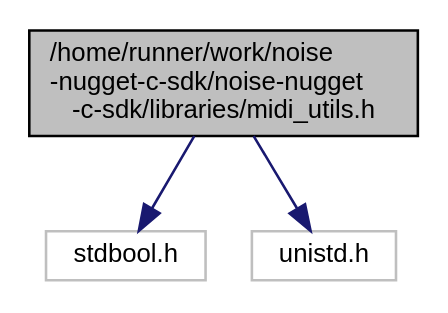
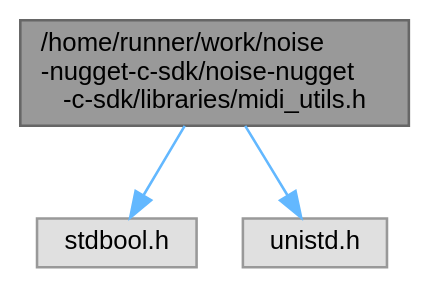
Before and after one commit to wee-noise-makers/noise-nugget-c-sdk: the diagram in midi__utils_8h__incl.dot, drawn with Graphviz. The commit also changed 156 other files, not shown here.

```diff
--- a/midi__utils_8h__incl.dot
+++ b/midi__utils_8h__incl.dot
@@ -1,11 +1,12 @@
 digraph "/home/runner/work/noise-nugget-c-sdk/noise-nugget-c-sdk/libraries/midi_utils.h"
 {
  // LATEX_PDF_SIZE
-  edge [fontname="Helvetica",fontsize="10",labelfontname="Helvetica",labelfontsize="10"];
-  node [fontname="Helvetica",fontsize="10",shape=record];
-  Node1 [label="/home/runner/work/noise\l-nugget-c-sdk/noise-nugget\l-c-sdk/libraries/midi_utils.h",height=0.2,width=0.4,color="black", fillcolor="grey75", style="filled", fontcolor="black",tooltip="MIDI messages decoder."];
-  Node1 -> Node2 [color="midnightblue",fontsize="10",style="solid",fontname="Helvetica"];
-  Node2 [label="stdbool.h",height=0.2,width=0.4,color="grey75", fillcolor="white", style="filled",tooltip=" "];
-  Node1 -> Node3 [color="midnightblue",fontsize="10",style="solid",fontname="Helvetica"];
-  Node3 [label="unistd.h",height=0.2,width=0.4,color="grey75", fillcolor="white", style="filled",tooltip=" "];
+  bgcolor="transparent";
+  edge [fontname=Helvetica,fontsize=10,labelfontname=Helvetica,labelfontsize=10];
+  node [fontname=Helvetica,fontsize=10,shape=box,height=0.2,width=0.4];
+  Node1 [id="Node000001",label="/home/runner/work/noise\l-nugget-c-sdk/noise-nugget\l-c-sdk/libraries/midi_utils.h",height=0.2,width=0.4,color="gray40", fillcolor="grey60", style="filled", fontcolor="black",tooltip="MIDI messages decoder."];
+  Node1 -> Node2 [id="edge1_Node000001_Node000002",color="steelblue1",style="solid",tooltip=" "];
+  Node2 [id="Node000002",label="stdbool.h",height=0.2,width=0.4,color="grey60", fillcolor="#E0E0E0", style="filled",tooltip=" "];
+  Node1 -> Node3 [id="edge2_Node000001_Node000003",color="steelblue1",style="solid",tooltip=" "];
+  Node3 [id="Node000003",label="unistd.h",height=0.2,width=0.4,color="grey60", fillcolor="#E0E0E0", style="filled",tooltip=" "];
 }
```
